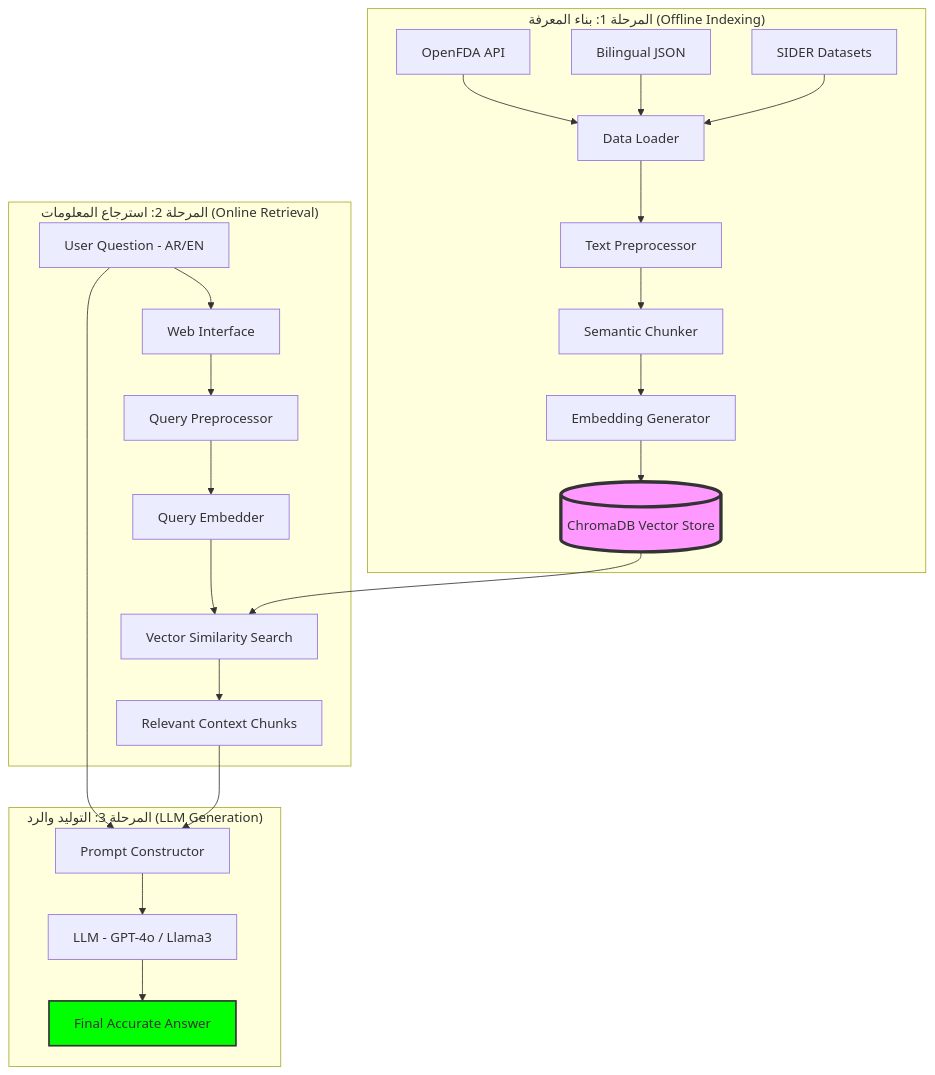
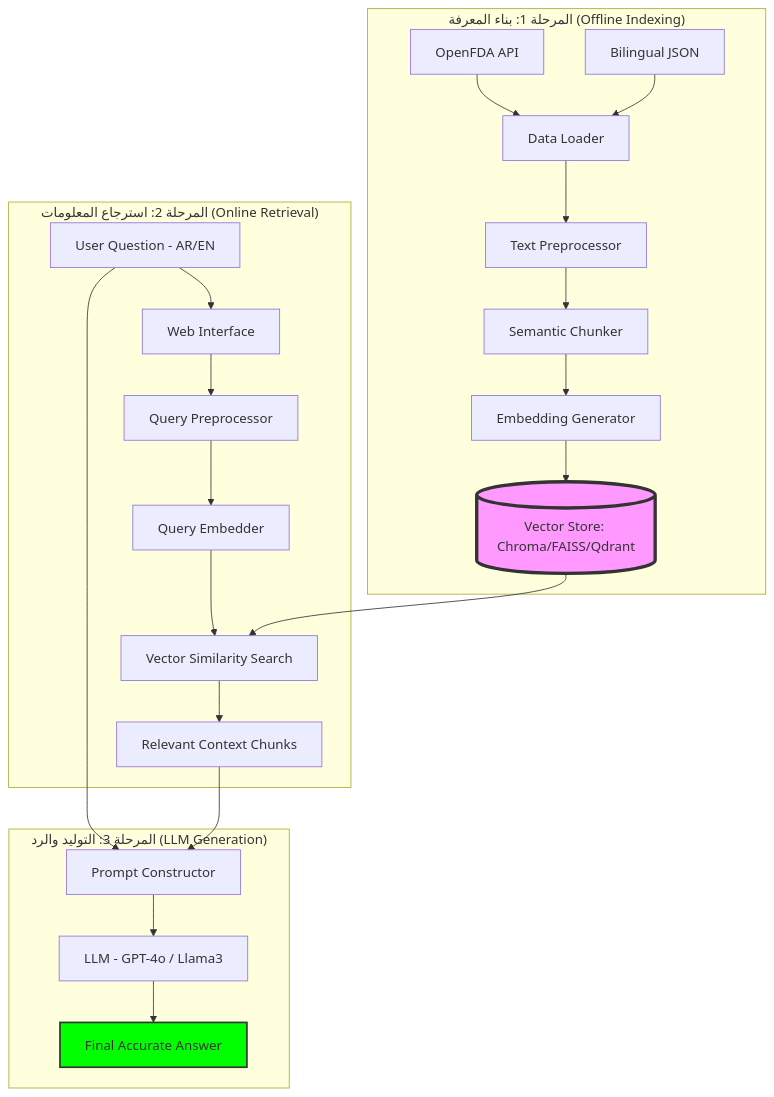
The diagram in PROJECT_DETAILS.md (RanaKamalDaneh/Pharmaceutical-Drug-Information-Assistant-using-Retrieval-Augmented-Generation-RAG-), drawn with Mermaid before and after one commit. The commit also changed other lines of this file and 6 other files, not shown here.

````diff
--- a/PROJECT_DETAILS.md
+++ b/PROJECT_DETAILS.md
@@ -14,31 +23,30 @@
 ```mermaid
 graph TD
     subgraph "المرحلة 1: بناء المعرفة (Offline Indexing)"
         A1[OpenFDA API] --> B1[Data Loader]
         A2[Bilingual JSON] --> B1
-        A3[SIDER Datasets] --> B1
         B1 --> C1[Text Preprocessor]
         C1 --> D1[Semantic Chunker]
         D1 --> E1[Embedding Generator]
-        E1 --> F1[(ChromaDB Vector Store)]
+        E1 --> F1[(Vector Store: Chroma/FAISS/Qdrant)]
     end
 
     subgraph "المرحلة 2: استرجاع المعلومات (Online Retrieval)"
         G2[User Question - AR/EN] --> H2[Web Interface]
         H2 --> I2[Query Preprocessor]
         I2 --> J2[Query Embedder]
         J2 --> K2[Vector Similarity Search]
         F1 --> K2
         K2 --> L2[Relevant Context Chunks]
     end
 
     subgraph "المرحلة 3: التوليد والرد (LLM Generation)"
         L2 --> M3[Prompt Constructor]
         G2 --> M3
         M3 --> N3[LLM - GPT-4o / Llama3]
         N3 --> O3[Final Accurate Answer]
     end
 
     style F1 fill:#f9f,stroke:#333,stroke-width:4px
     style O3 fill:#00ff00,stroke:#333,stroke-width:2px
 ```
````
